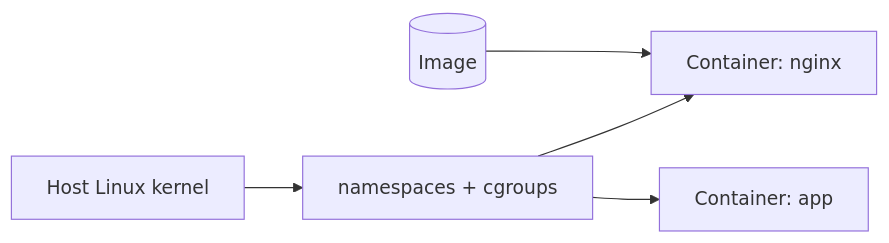
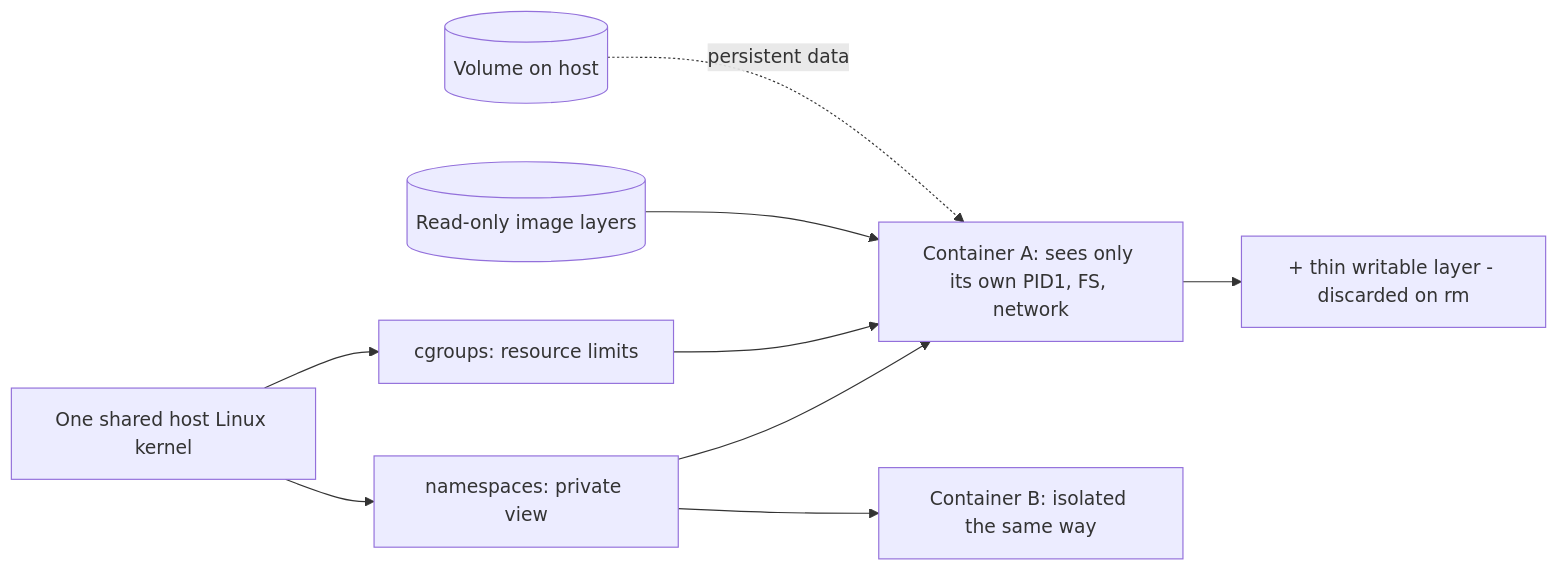
One commit to cloud-prakhar/learning-linux changed the diagram in 13-real-world-linux-for-devops/linux-for-docker.md. Above: the diagram before and after it, drawn with Mermaid. The commit also changed other lines of this file and 69 other files, not shown here.

````diff
--- a/13-real-world-linux-for-devops/linux-for-docker.md
+++ b/13-real-world-linux-for-devops/linux-for-docker.md
@@ -29,7 +37,10 @@
 ```mermaid
 flowchart LR
-    Host[Host Linux kernel] --> NS[namespaces + cgroups]
-    NS --> C1[Container: nginx]
-    NS --> C2[Container: app]
-    Image[(Image)] --> C1
+    Host[One shared host Linux kernel] --> NS[namespaces: private view] & CG[cgroups: resource limits]
+    NS --> C1[Container A: sees only its own PID1, FS, network]
+    CG --> C1
+    NS --> C2[Container B: isolated the same way]
+    Image[(Read-only image layers)] --> C1
+    C1 --> W[+ thin writable layer - discarded on rm]
+    Vol[(Volume on host)] -.persistent data.-> C1
 ```
````
